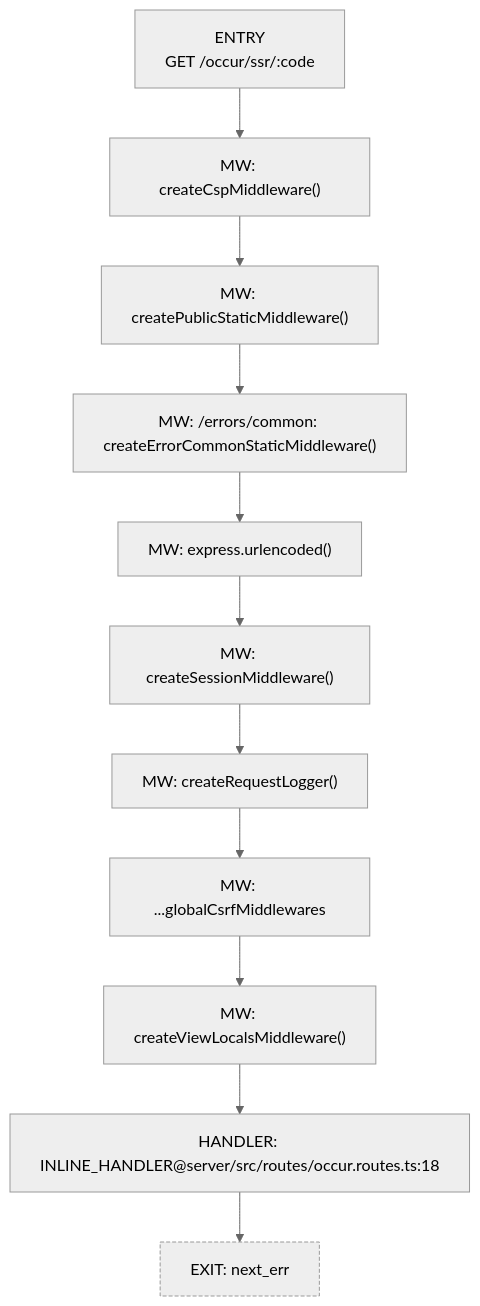
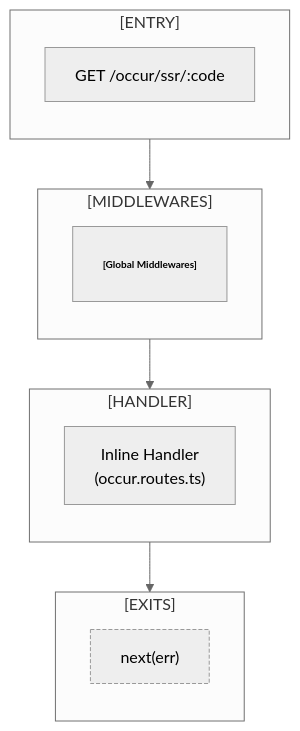
Before and after one commit to irondenker/my-code-my-kill: the diagram in docs/flowmap/flows/GET__occur_ssr_code.mmd, drawn with Mermaid (neutral theme). The commit also changed 93 other files, not shown here.

Commit message:
📚 Docs: Regenerate flowmap artifacts for updated endpoint maps

```diff
--- a/docs/flowmap/flows/GET__occur_ssr_code.mmd
+++ b/docs/flowmap/flows/GET__occur_ssr_code.mmd
@@ -1,15 +1,26 @@
 flowchart TD
-ENTRY["ENTRY\nGET /occur/ssr/:code"]
-ENTRY --> MW1["MW: createCspMiddleware()"]
-MW1 --> MW2["MW: createPublicStaticMiddleware()"]
-MW2 --> MW3["MW: /errors/common: createErrorCommonStaticMiddleware()"]
-MW3 --> MW4["MW: express.urlencoded()"]
-MW4 --> MW5["MW: createSessionMiddleware()"]
-MW5 --> MW6["MW: createRequestLogger()"]
-MW6 --> MW7["MW: ...globalCsrfMiddlewares"]
-MW7 --> MW8["MW: createViewLocalsMiddleware()"]
-MW8 --> HANDLER["HANDLER: INLINE_HANDLER@server/src/routes/occur.routes.ts:18"]
-HANDLER --> EXIT1["EXIT: next_err"]
+subgraph ENTRY_BLOCK["[ENTRY]"]
+direction TB
+ENTRY["GET /occur/ssr/:code"]
+end
+subgraph MIDDLEWARES["[MIDDLEWARES]"]
+direction TB
+MIDDLEWARE1["<b>[Global Middlewares]</b>"]
+end
+ENTRY --> MIDDLEWARE1
+subgraph HANDLER_BLOCK["[HANDLER]"]
+direction TB
+HANDLER["Inline Handler<br/>(occur.routes.ts)"]
+end
+MIDDLEWARE1 --> HANDLER
+subgraph EXITS["[EXITS]"]
+direction TB
+EXIT1["next(err)"]
+end
+HANDLER --> EXIT1
+classDef middleware font-size:10px,padding:2px,stroke-width:1;
+classDef diagnostics stroke-dasharray: 2 2;
 classDef sink stroke-width:2;
 classDef exit stroke-dasharray: 4 2;
+class MIDDLEWARE1 middleware;
 class EXIT1 exit;
```
